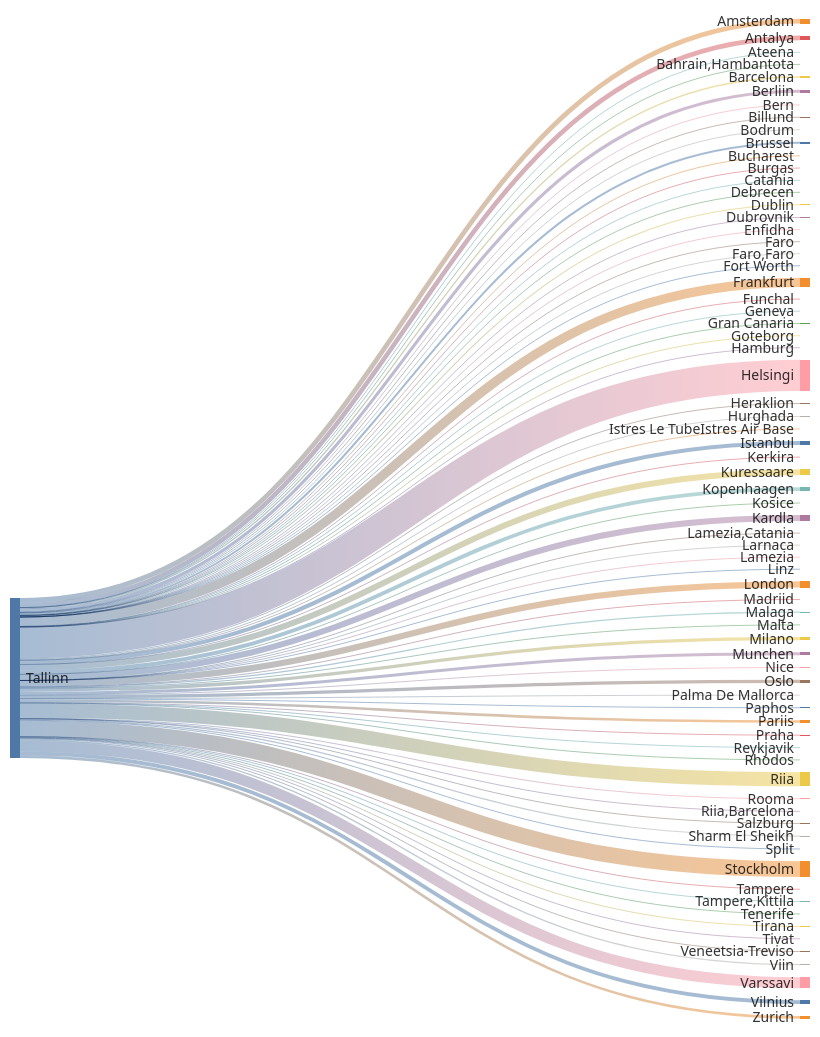
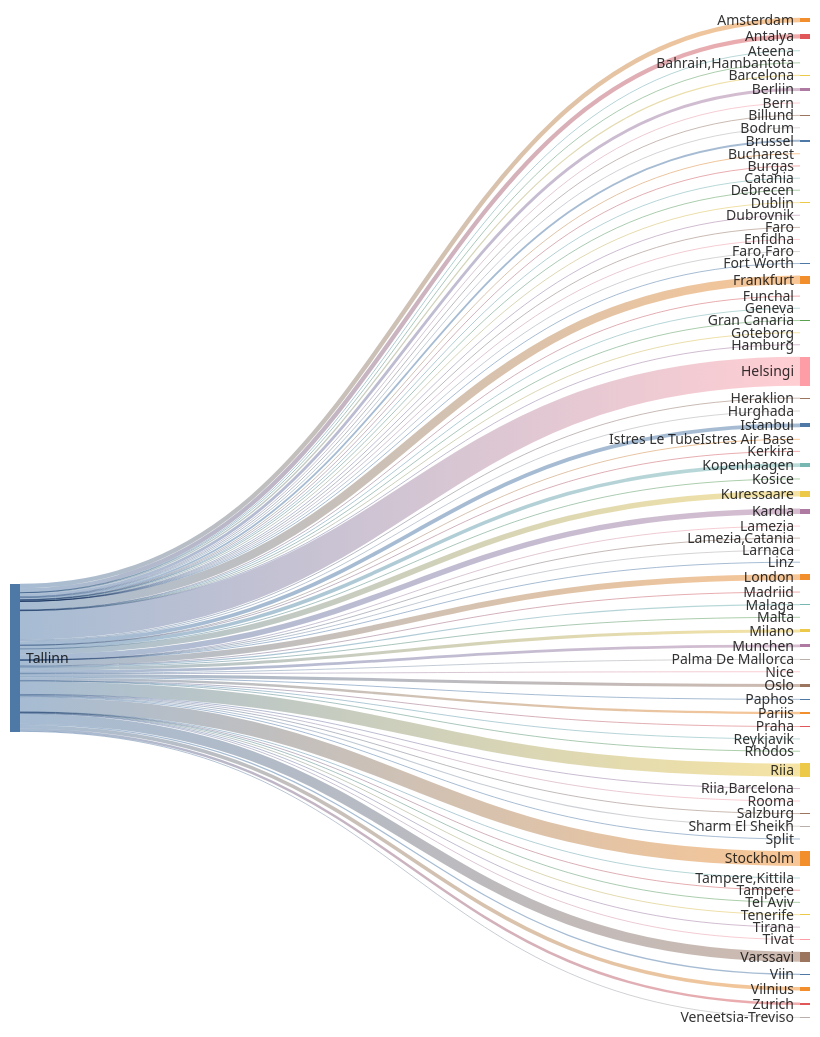
The second of 2 diagrams in README.md (rainermesi/tll-airport-departures), drawn with Mermaid before and after one commit. The commit also changed other lines of this file and 1 other file, not shown here.

````diff
--- a/README.md
+++ b/README.md
@@ -41,18 +41,18 @@
 ---
 sankey-beta
 %% source,target,value
-Tallinn,Amsterdam,375
-Tallinn,Antalya,361
+Tallinn,Amsterdam,377
+Tallinn,Antalya,363
 Tallinn,Ateena,16
 Tallinn,"Bahrain,Hambantota",1
 Tallinn,Barcelona,105
-Tallinn,Berliin,244
+Tallinn,Berliin,246
 Tallinn,Bern,1
 Tallinn,Billund,62
 Tallinn,Bodrum,11
 Tallinn,Brussel,157
 Tallinn,Bucharest,1
-Tallinn,Burgas,35
+Tallinn,Burgas,36
 Tallinn,Catania,2
 Tallinn,Debrecen,1
 Tallinn,Dublin,79
@@ -61,57 +61,58 @@
 Tallinn,Faro,4
 Tallinn,"Faro,Faro",1
 Tallinn,Fort Worth,1
-Tallinn,Frankfurt,723
+Tallinn,Frankfurt,725
 Tallinn,Funchal,5
 Tallinn,Geneva,13
 Tallinn,Gran Canaria,38
 Tallinn,Goteborg,1
 Tallinn,Hamburg,2
-Tallinn,Helsingi,2441
-Tallinn,Heraklion,69
+Tallinn,Helsingi,2451
+Tallinn,Heraklion,70
 Tallinn,Hurghada,75
-Tallinn,Istanbul,324
+Tallinn,Istanbul,325
 Tallinn,Istres Le TubeIstres Air Base,2
 Tallinn,Kerkira,4
-Tallinn,Kopenhaagen,301
+Tallinn,Kopenhaagen,302
 Tallinn,Kosice,1
-Tallinn,Kuressaare,469
-Tallinn,Kardla,469
+Tallinn,Kuressaare,471
+Tallinn,Kardla,471
 Tallinn,Lamezia,1
 Tallinn,"Lamezia,Catania",3
 Tallinn,Larnaca,4
 Tallinn,Linz,2
-Tallinn,London,493
+Tallinn,London,494
 Tallinn,Madriid,1
 Tallinn,Malaga,96
 Tallinn,Malta,21
-Tallinn,Milano,256
-Tallinn,Munchen,231
-Tallinn,Nice,36
-Tallinn,Oslo,253
+Tallinn,Milano,257
+Tallinn,Munchen,233
+Tallinn,Nice,37
+Tallinn,Oslo,254
 Tallinn,Palma De Mallorca,25
 Tallinn,Paphos,66
-Tallinn,Pariis,203
+Tallinn,Pariis,204
 Tallinn,Praha,64
-Tallinn,Reykjavik,4
+Tallinn,Reykjavik,5
 Tallinn,Rhodos,44
-Tallinn,Riia,1099
+Tallinn,Riia,1103
 Tallinn,"Riia,Barcelona",1
 Tallinn,Rooma,80
 Tallinn,Salzburg,14
 Tallinn,Sharm El Sheikh,96
 Tallinn,Split,37
-Tallinn,Stockholm,1238
+Tallinn,Stockholm,1241
 Tallinn,Tampere,17
 Tallinn,"Tampere,Kittila",21
+Tallinn,Tel Aviv,1
 Tallinn,Tenerife,58
 Tallinn,Tirana,17
 Tallinn,Tivat,43
-Tallinn,Varssavi,844
+Tallinn,Varssavi,847
 Tallinn,Veneetsia-Treviso,67
 Tallinn,Viin,106
-Tallinn,Vilnius,301
-Tallinn,Zurich,209
+Tallinn,Vilnius,303
+Tallinn,Zurich,210
 
 
 ```
````
